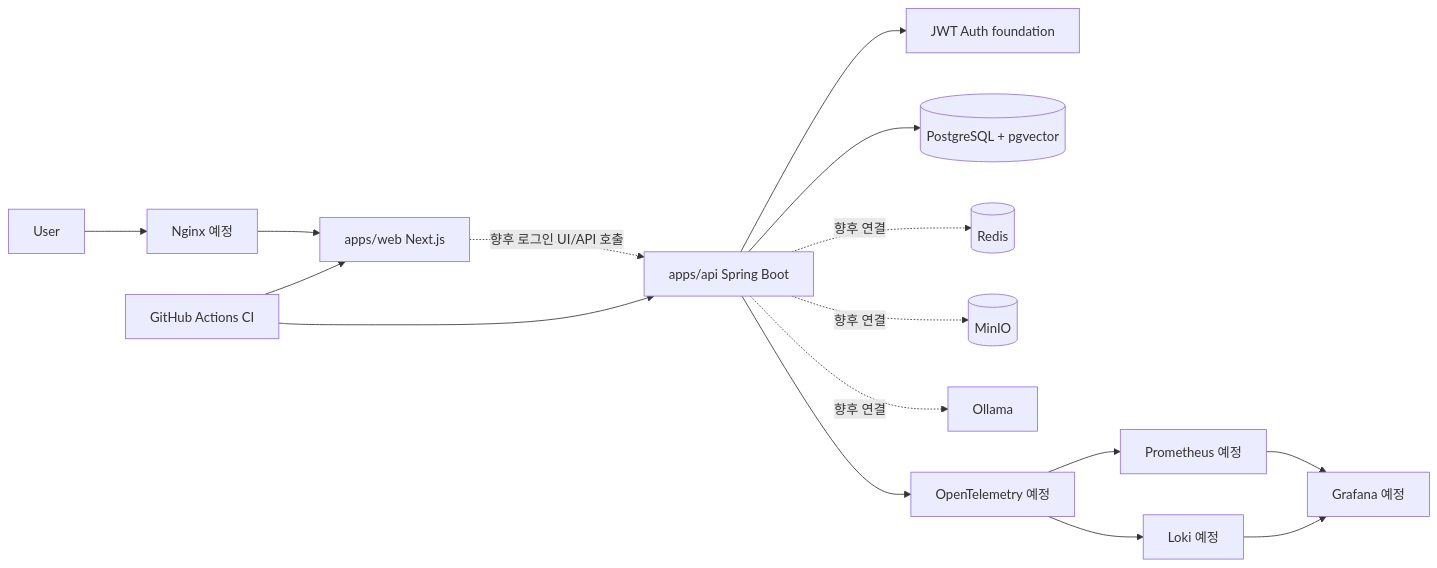
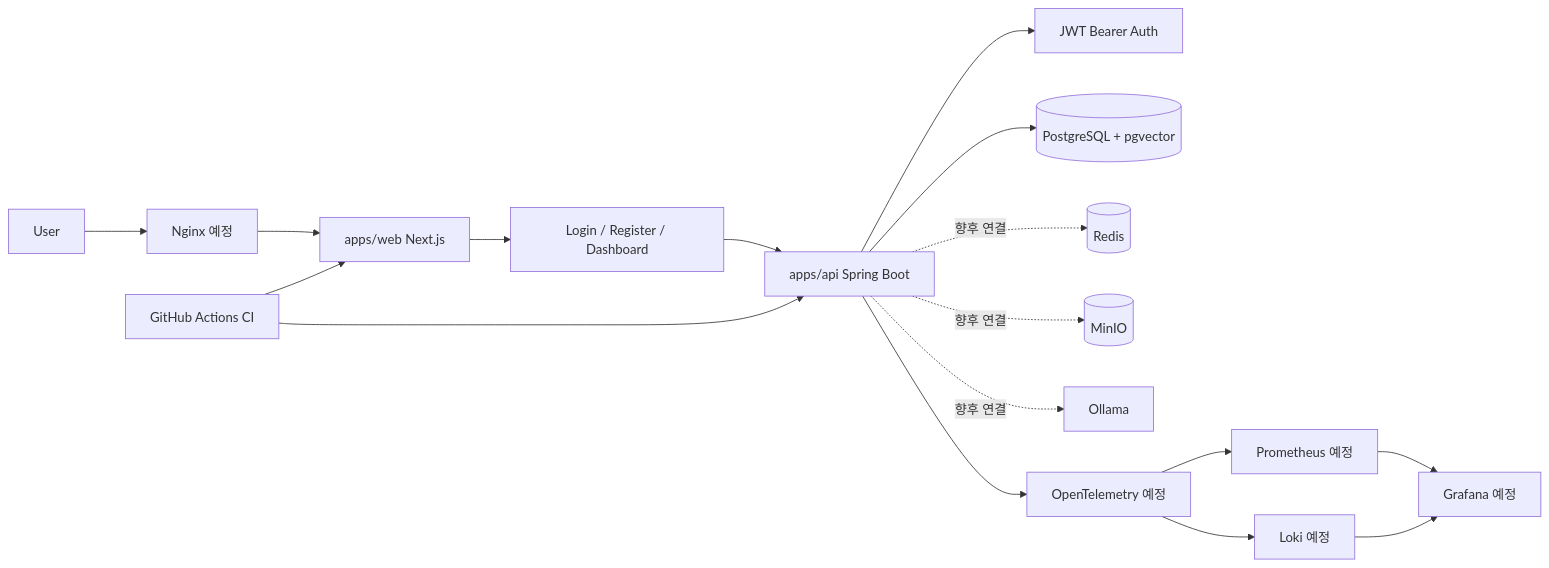
The diagram in docs/architecture.md (jhjung3072/assistops-free), drawn with Mermaid before and after one commit. The commit also changed other lines of this file and 34 other files, not shown here.

````diff
--- a/docs/architecture.md
+++ b/docs/architecture.md
@@ -18,18 +19,19 @@
 ```mermaid
 flowchart LR
   user[User] --> nginx[Nginx 예정]
   nginx --> web[apps/web Next.js]
-  web -. 향후 로그인 UI/API 호출 .-> api[apps/api Spring Boot]
-  api --> auth[JWT Auth foundation]
+  web --> authUi[Login / Register / Dashboard]
+  authUi --> api[apps/api Spring Boot]
+  api --> auth[JWT Bearer Auth]
   api --> postgres[(PostgreSQL + pgvector)]
   api -. 향후 연결 .-> redis[(Redis)]
   api -. 향후 연결 .-> minio[(MinIO)]
   api -. 향후 연결 .-> ollama[Ollama]
   api --> otel[OpenTelemetry 예정]
   otel --> prometheus[Prometheus 예정]
   otel --> loki[Loki 예정]
   prometheus --> grafana[Grafana 예정]
   loki --> grafana
   github[GitHub Actions CI] --> web
   github --> api
 ```
````
